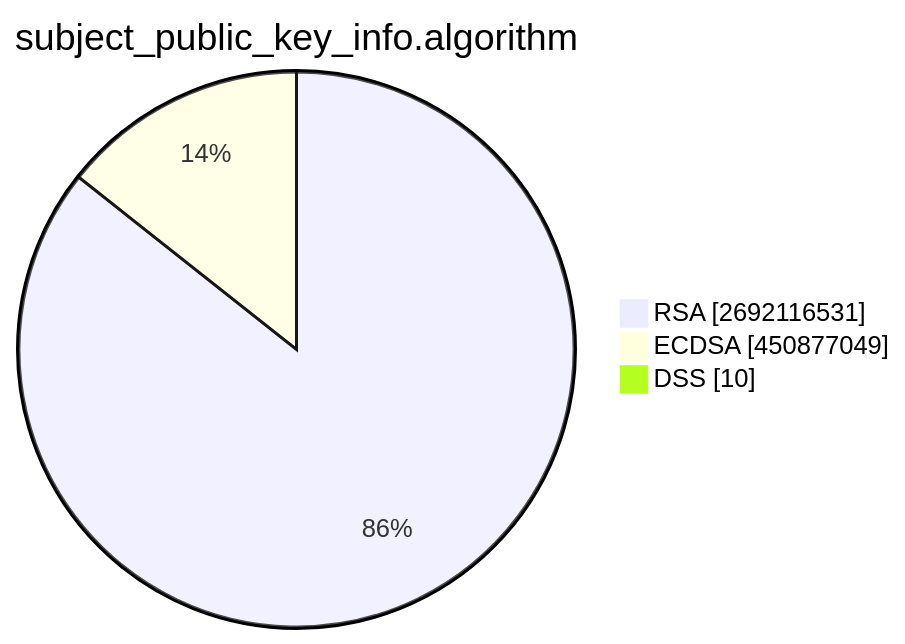
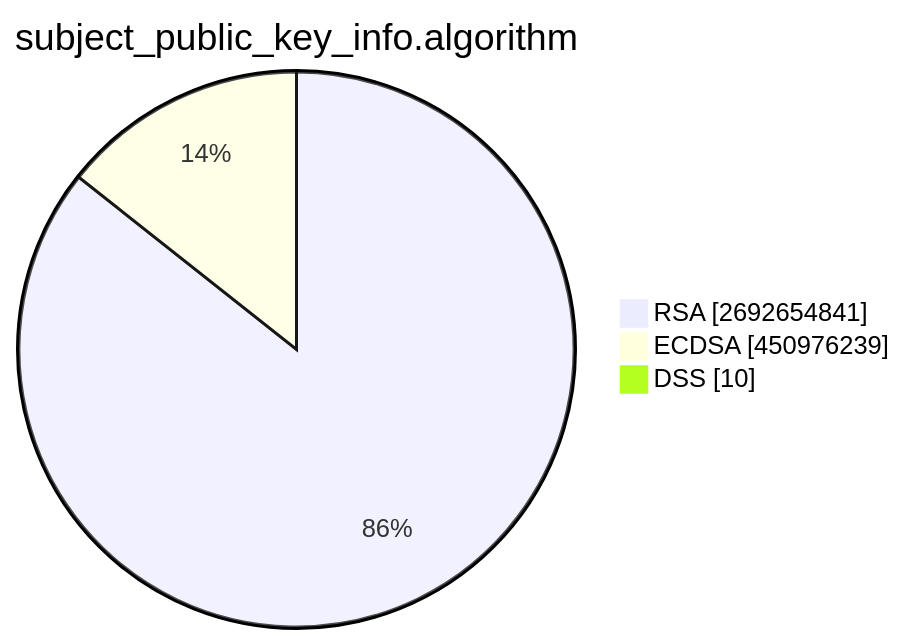
Before and after one commit to christiankrug/ctmonitor_visualization: the second of 15 diagrams in TOTAL/README.md, drawn with Mermaid. The commit also changed other lines of this file, not shown here.

````diff
--- a/TOTAL/README.md
+++ b/TOTAL/README.md
@@ -6,7 +6,7 @@
 ```mermaid
 pie showData
 title subject_public_key_info.algorithm
-"RSA" :2692116531
-"ECDSA" :450877049
+"RSA" :2692654841
+"ECDSA" :450976239
 "DSS" :10
 ```
````
